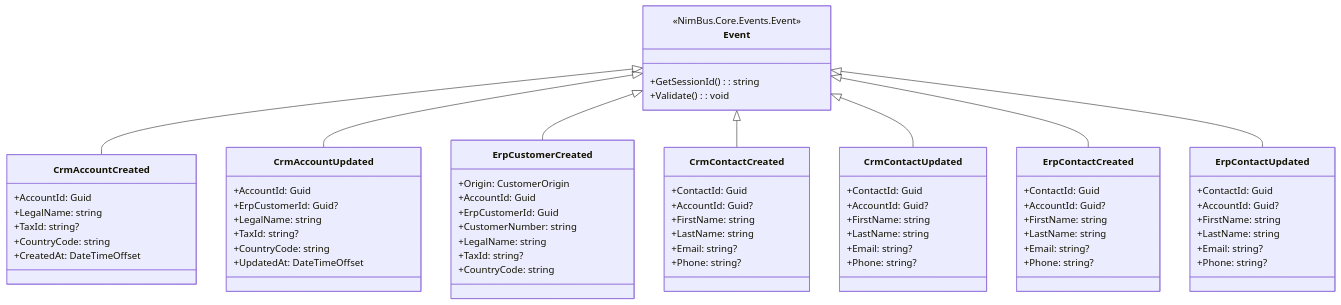
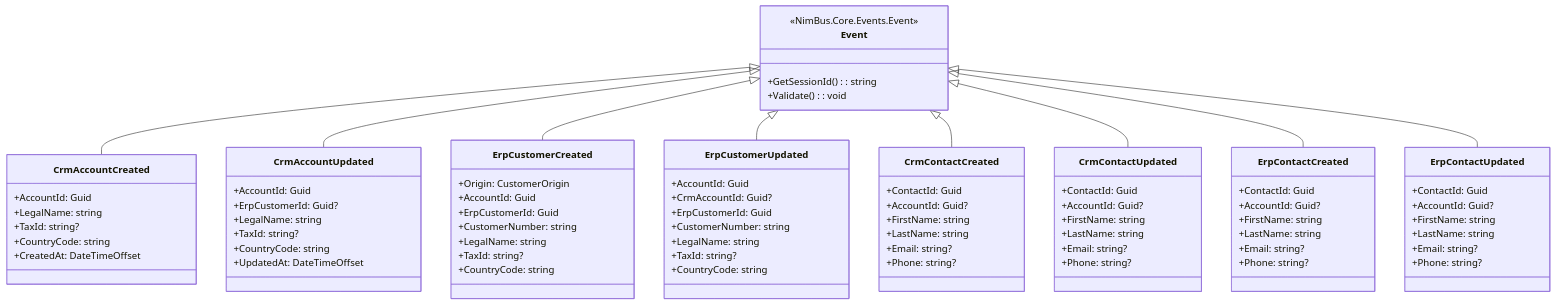
The diagram in samples/CrmErpDemo/Crm.Adapter/docs/events.md (akakaule/NimBus), drawn with Mermaid before and after one commit. The commit also changed other lines of this file and 1 other file, not shown here.

First line of the commit message:
docs(samples/crm-erp): document bidirectional id linkage feature

````diff
--- a/samples/CrmErpDemo/Crm.Adapter/docs/events.md
+++ b/samples/CrmErpDemo/Crm.Adapter/docs/events.md
@@ -65,71 +66,81 @@
 ```mermaid
 classDiagram
     class Event {
         <<NimBus.Core.Events.Event>>
         +GetSessionId(): string
         +Validate(): void
     }
     class CrmAccountCreated {
         +AccountId: Guid
         +LegalName: string
         +TaxId: string?
         +CountryCode: string
         +CreatedAt: DateTimeOffset
     }
     class CrmAccountUpdated {
         +AccountId: Guid
         +ErpCustomerId: Guid?
         +LegalName: string
         +TaxId: string?
         +CountryCode: string
         +UpdatedAt: DateTimeOffset
     }
     class ErpCustomerCreated {
         +Origin: CustomerOrigin
         +AccountId: Guid
+        +ErpCustomerId: Guid
+        +CustomerNumber: string
+        +LegalName: string
+        +TaxId: string?
+        +CountryCode: string
+    }
+    class ErpCustomerUpdated {
+        +AccountId: Guid
+        +CrmAccountId: Guid?
         +ErpCustomerId: Guid
         +CustomerNumber: string
         +LegalName: string
         +TaxId: string?
         +CountryCode: string
     }
     class CrmContactCreated {
         +ContactId: Guid
         +AccountId: Guid?
         +FirstName: string
         +LastName: string
         +Email: string?
         +Phone: string?
     }
     class CrmContactUpdated {
         +ContactId: Guid
         +AccountId: Guid?
         +FirstName: string
         +LastName: string
         +Email: string?
         +Phone: string?
     }
     class ErpContactCreated {
         +ContactId: Guid
         +AccountId: Guid?
         +FirstName: string
         +LastName: string
         +Email: string?
         +Phone: string?
     }
     class ErpContactUpdated {
         +ContactId: Guid
         +AccountId: Guid?
         +FirstName: string
         +LastName: string
         +Email: string?
         +Phone: string?
     }
     Event <|-- CrmAccountCreated
     Event <|-- CrmAccountUpdated
     Event <|-- ErpCustomerCreated
+    Event <|-- ErpCustomerUpdated
     Event <|-- CrmContactCreated
     Event <|-- CrmContactUpdated
     Event <|-- ErpContactCreated
     Event <|-- ErpContactUpdated
 ```
````
